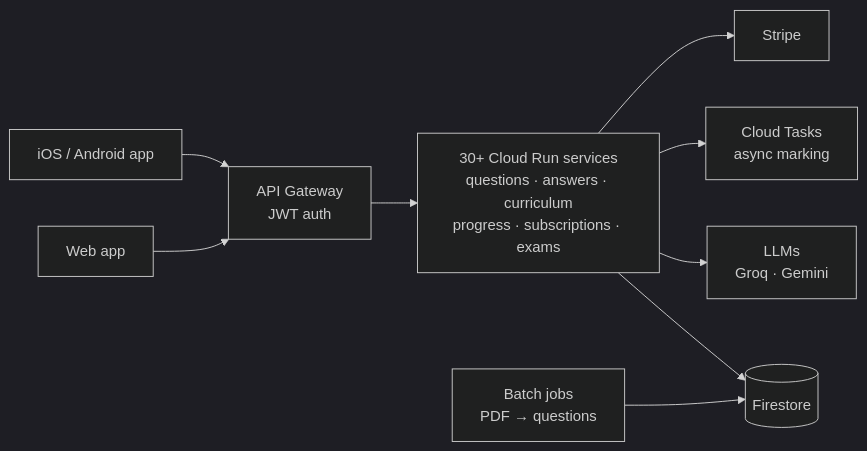
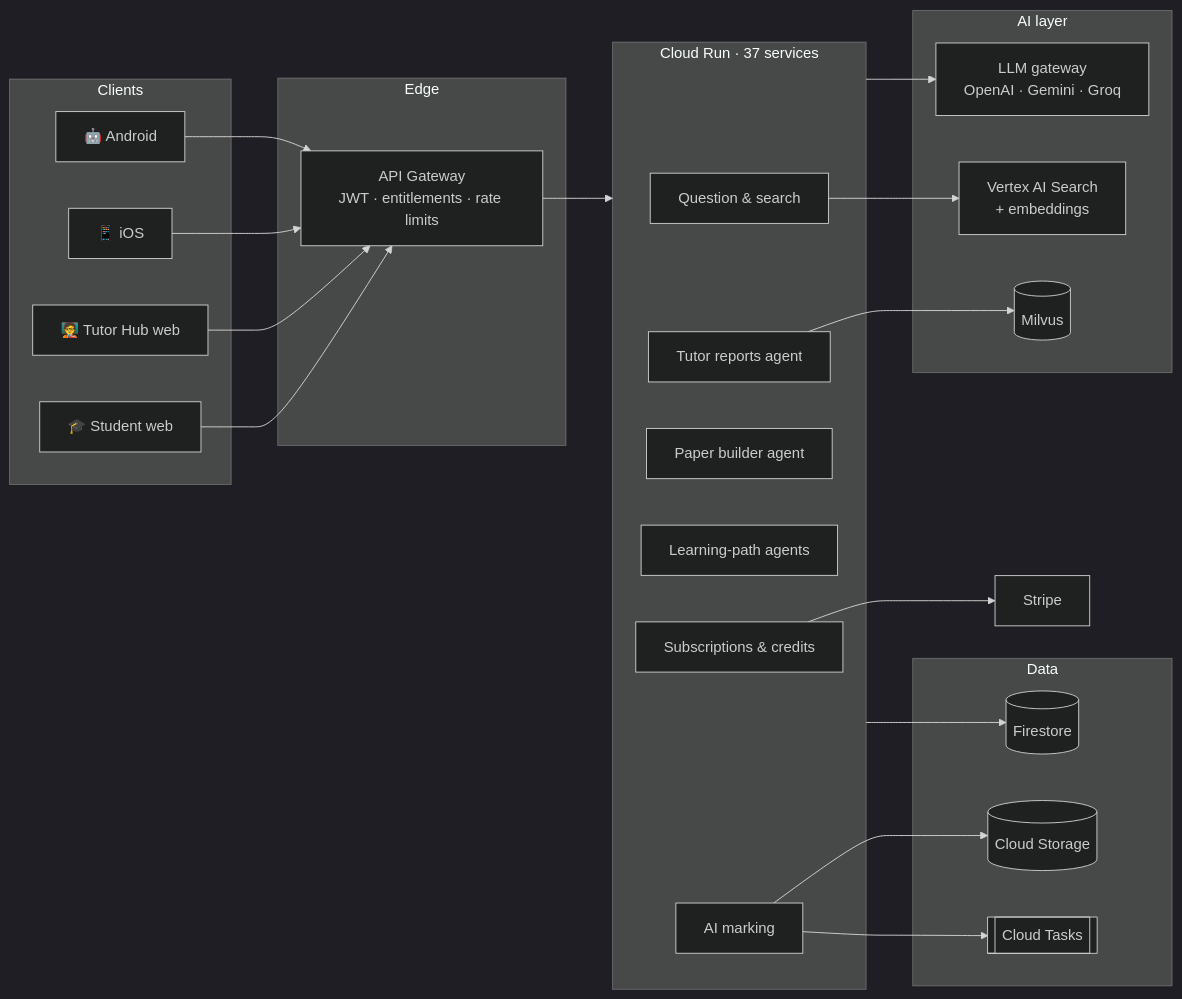
Before and after one commit to tallaprs15/tallaprs15: the first of 6 diagrams in README.md, drawn with Mermaid (dark theme). The commit also changed other lines of this file and 1 other file, not shown here.

Commit message:
Visual AI-engineering profile: architecture, LLM gateway, extraction, RAG, agents, AIOps

````diff
--- a/README.md
+++ b/README.md
@@ -38,11 +38,38 @@
 ```mermaid
 flowchart LR
-  W[Web app] --> G[API Gateway<br/>JWT auth]
-  M[iOS / Android app] --> G
-  G --> S[30+ Cloud Run services<br/>questions · answers · curriculum<br/>progress · subscriptions · exams]
-  S --> F[(Firestore)]
-  S --> L[LLMs<br/>Groq · Gemini]
-  S --> T[Cloud Tasks<br/>async marking]
-  J[Batch jobs<br/>PDF → questions] --> F
-  S --> P[Stripe]
+  subgraph Clients
+    SW[🎓 Student web]
+    TW[🧑‍🏫 Tutor Hub web]
+    IOS[📱 iOS]
+    AND[🤖 Android]
+  end
+  subgraph Edge
+    GW[API Gateway<br/>JWT · entitlements · rate limits]
+  end
+  subgraph Core["Cloud Run · 37 services"]
+    Q["Question & search"]
+    M[AI marking]
+    P[Paper builder agent]
+    LP[Learning-path agents]
+    R[Tutor reports agent]
+    S["Subscriptions & credits"]
+  end
+  subgraph AI["AI layer"]
+    LLM[LLM gateway<br/>OpenAI · Gemini · Groq]
+    VS[Vertex AI Search<br/>+ embeddings]
+    MV[(Milvus)]
+  end
+  subgraph Data
+    FS[(Firestore)]
+    GCS[(Cloud Storage)]
+    CT[[Cloud Tasks]]
+  end
+  SW & TW & IOS & AND --> GW --> Core
+  Core --> LLM
+  Q --> VS
+  R --> MV
+  M --> CT
+  Core --> FS
+  M --> GCS
+  S --> STRIPE[Stripe]
 ```
````
